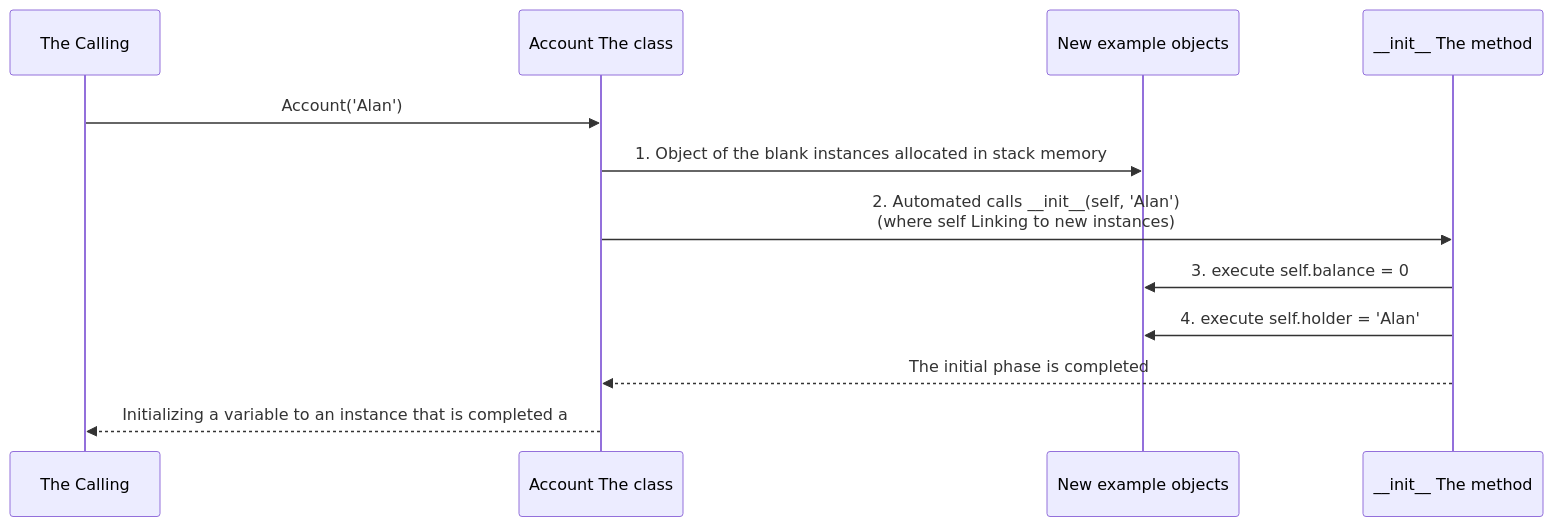
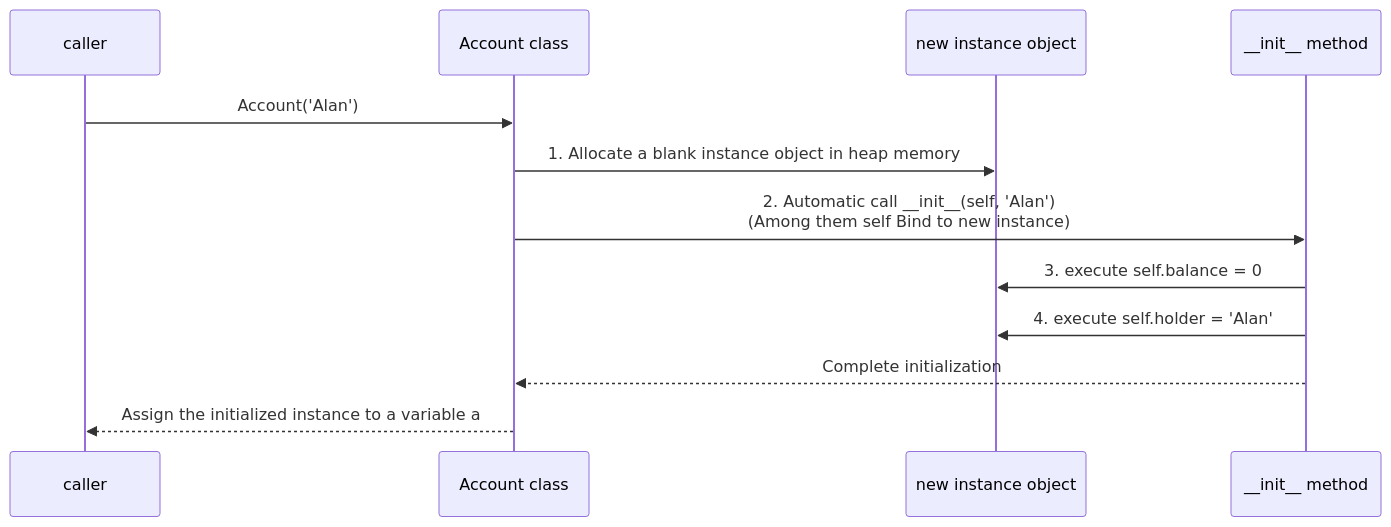
The diagram in src/content/translations/en/notes/cs61a/lecture-18.md (easonlines2007/easonlin-blog), drawn with Mermaid before and after one commit. The commit also changed other lines of this file and 158 other files, not shown here.

````diff
--- a/src/content/translations/en/notes/cs61a/lecture-18.md
+++ b/src/content/translations/en/notes/cs61a/lecture-18.md
@@ -121,15 +355,15 @@
 ```mermaid
 sequenceDiagram
-    participant User as The Calling
-    participant Class as Account The class
-    participant Inst as New example objects
-    participant Init as __init__ The method
+    participant User as caller
+    participant Class as Account class
+    participant Inst as new instance object
+    participant Init as __init__ method
 
     User->>Class: Account('Alan')
-    Class->>Inst: 1. Object of the blank instances allocated in stack memory
-    Class->>Init: 2. Automated calls __init__(self, 'Alan')<br/>(where self Linking to new instances)
+    Class->>Inst: 1. Allocate a blank instance object in heap memory
+    Class->>Init: 2. Automatic call __init__(self, 'Alan')<br/>(Among them self Bind to new instance)
     Init->>Inst: 3. execute self.balance = 0
     Init->>Inst: 4. execute self.holder = 'Alan'
-    Init-->>Class: The initial phase is completed
-    Class-->>User: Initializing a variable to an instance that is completed a
+    Init-->>Class: Complete initialization
+    Class-->>User: Assign the initialized instance to a variable a
 ```
````
